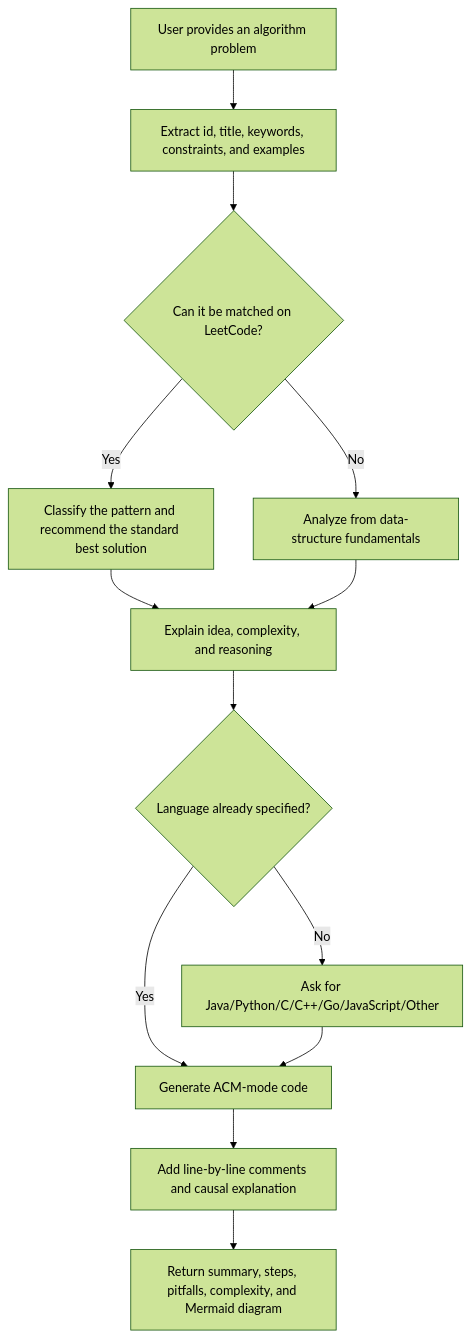
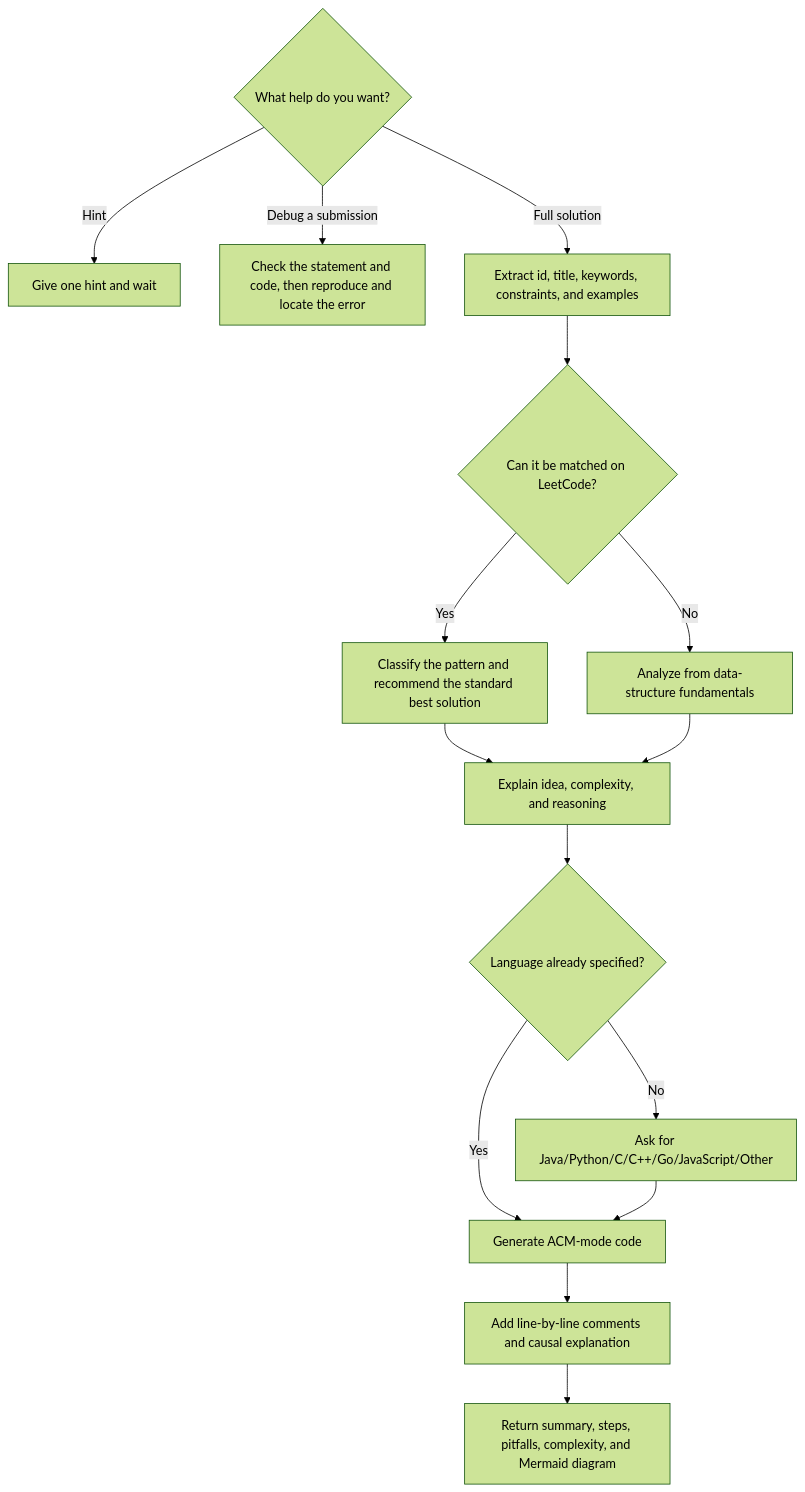
One commit to LoftyTao0622/acm-master changed the diagram in README.en.md. Above: the diagram before and after it, drawn with Mermaid (forest theme). The commit also changed other lines of this file and 5 other files, not shown here.

````diff
--- a/README.en.md
+++ b/README.en.md
@@ -99,15 +101,17 @@
 ```mermaid
 flowchart TD
-    A["User provides an algorithm problem"] --> B["Extract id, title, keywords, constraints, and examples"]
+    A{"What help do you want?"} -->|Hint| P["Give one hint and wait"]
+    A -->|Debug a submission| Q["Check the statement and code, then reproduce and locate the error"]
+    A -->|Full solution| B["Extract id, title, keywords, constraints, and examples"]
     B --> C{"Can it be matched on LeetCode?"}
     C -->|Yes| D["Classify the pattern and recommend the standard best solution"]
     C -->|No| E["Analyze from data-structure fundamentals"]
     D --> F["Explain idea, complexity, and reasoning"]
     E --> F
     F --> G{"Language already specified?"}
     G -->|Yes| H["Generate ACM-mode code"]
     G -->|No| I["Ask for Java/Python/C/C++/Go/JavaScript/Other"]
     I --> H
     H --> J["Add line-by-line comments and causal explanation"]
     J --> K["Return summary, steps, pitfalls, complexity, and Mermaid diagram"]
 ```
````
